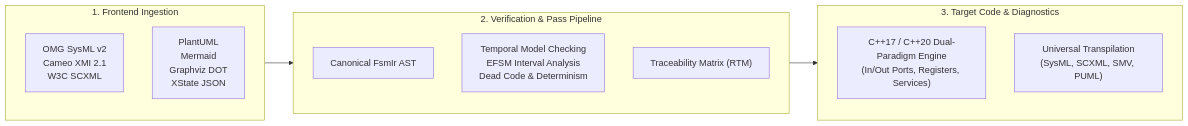
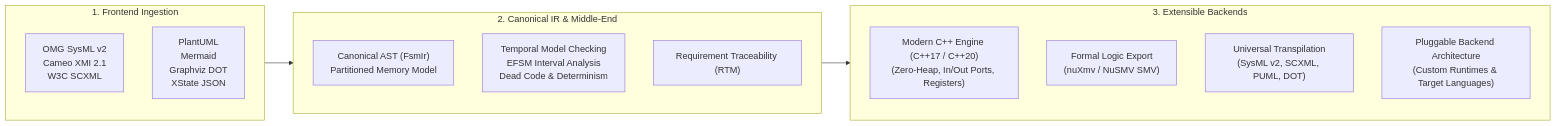
Before and after one commit to simoneCavalleri/fsmc: the diagram in README.md, drawn with Mermaid. The commit also changed other lines of this file and 26 other files, not shown here.

````diff
--- a/README.md
+++ b/README.md
@@ -30,21 +30,23 @@
 ```mermaid
 flowchart LR
     subgraph Ingestion["1. Frontend Ingestion"]
-        SysML["OMG SysML v2\nCameo XMI 2.1\nW3C SCXML"]
-        Diagrams["PlantUML\nMermaid\nGraphviz DOT\nXState JSON"]
+        SysML["OMG SysML v2<br/>Cameo XMI 2.1<br/>W3C SCXML"]
+        Diagrams["PlantUML<br/>Mermaid<br/>Graphviz DOT<br/>XState JSON"]
     end
 
-    subgraph Compiler["2. Verification & Pass Pipeline"]
-        IR["Canonical FsmIr AST"]
-        Verify["Temporal Model Checking\nEFSM Interval Analysis\nDead Code & Determinism"]
-        RTM["Traceability Matrix (RTM)"]
+    subgraph Compiler["2. Canonical IR & Middle-End"]
+        IR["Canonical AST (FsmIr)<br/>Partitioned Memory Model"]
+        Verify["Temporal Model Checking<br/>EFSM Interval Analysis<br/>Dead Code & Determinism"]
+        RTM["Requirement Traceability (RTM)"]
     end
 
-    subgraph Targets["3. Target Code & Diagnostics"]
-        CPP["C++17 / C++20 Dual-Paradigm Engine\n(In/Out Ports, Registers, Services)"]
-        Exports["Universal Transpilation\n(SysML, SCXML, SMV, PUML)"]
+    subgraph Targets["3. Extensible Backends"]
+        CPP["Modern C++ Engine (C++17 / C++20)<br/>(Zero-Heap, In/Out Ports, Registers)"]
+        SMV["Formal Logic Export<br/>(nuXmv / NuSMV SMV)"]
+        Transpile["Universal Transpilation<br/>(SysML v2, SCXML, PUML, DOT)"]
+        Extensible["Pluggable Backend Architecture<br/>(Custom Runtimes & Target Languages)"]
     end
 
     Ingestion --> Compiler
     Compiler --> Targets
 ```
````
